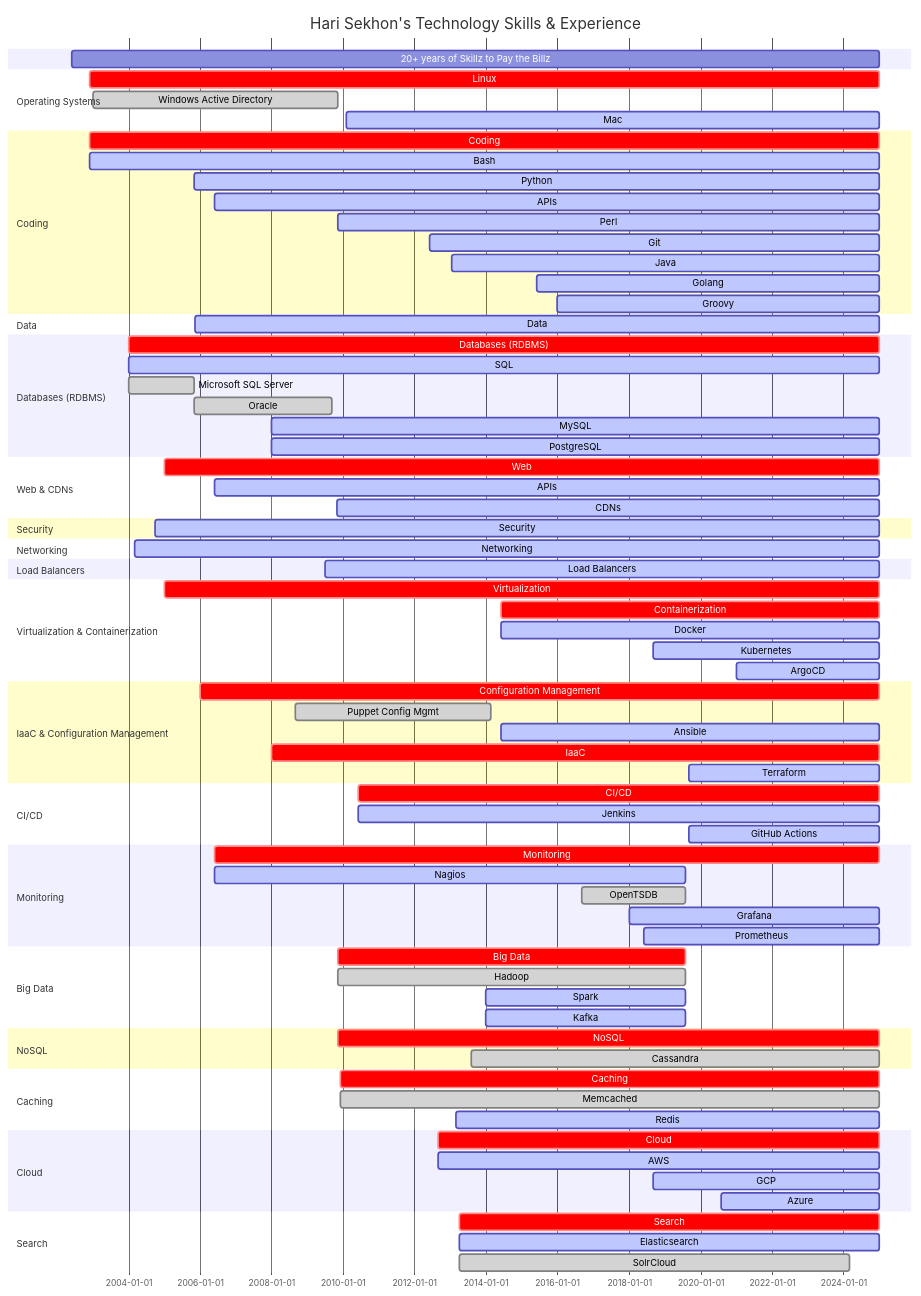
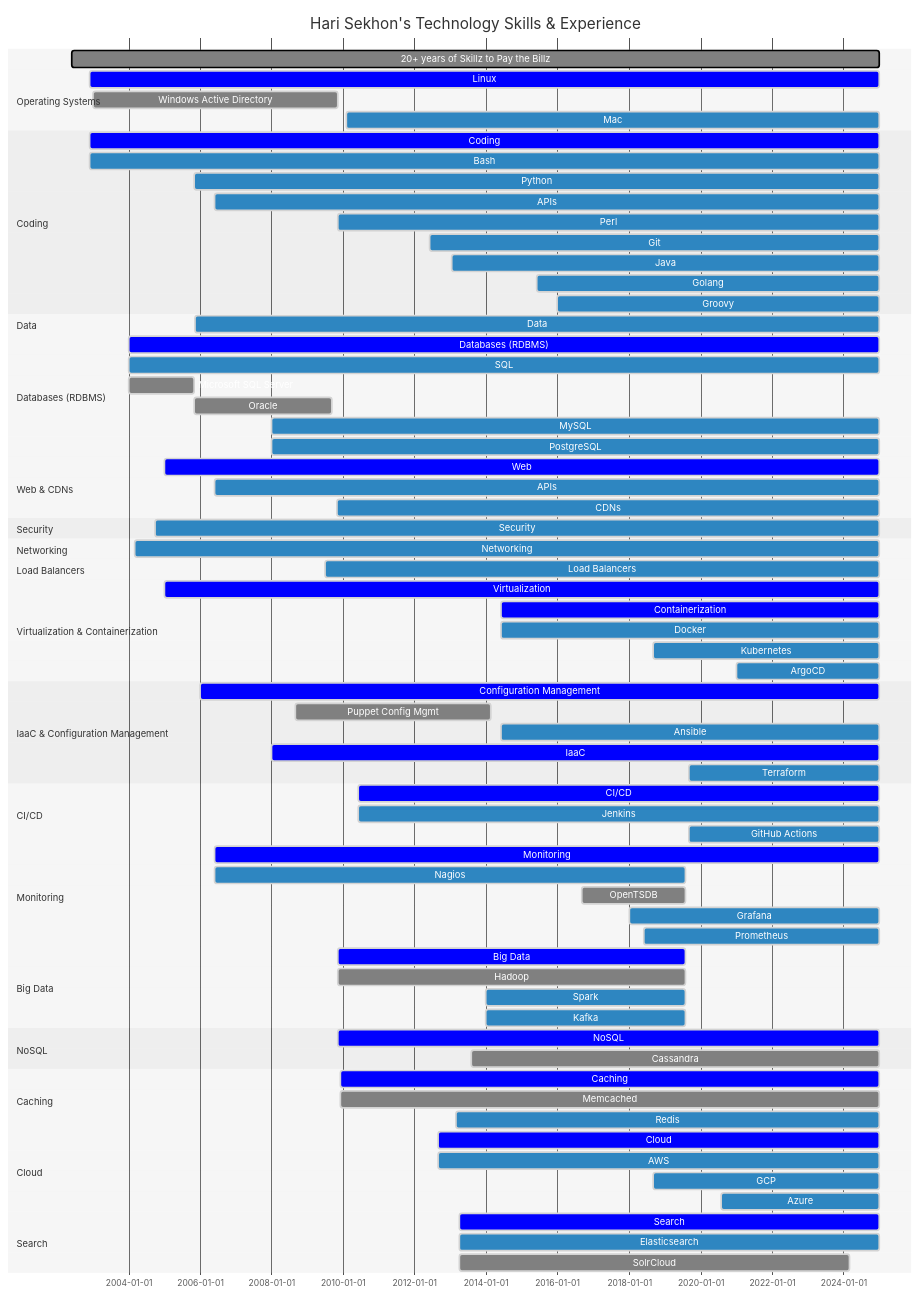
The diagram in README.md (HariSekhon/HariSekhon), drawn with Mermaid before and after one commit.

```diff
--- a/README.md
+++ b/README.md
@@ -291,7 +291,7 @@
           'excludeBkgColor': '#eeeeee',
           'gridColor': 'lightgrey',
           'sectionBkgColor': 'lightgrey',
-          'sectionBkgColor2': 'darkgrey'<
+          'sectionBkgColor2': 'darkgrey',
           'taskBkgColor': 'grey',
           'taskBorderColor': 'black',
           'taskTextClickableColor': 'white',
```
